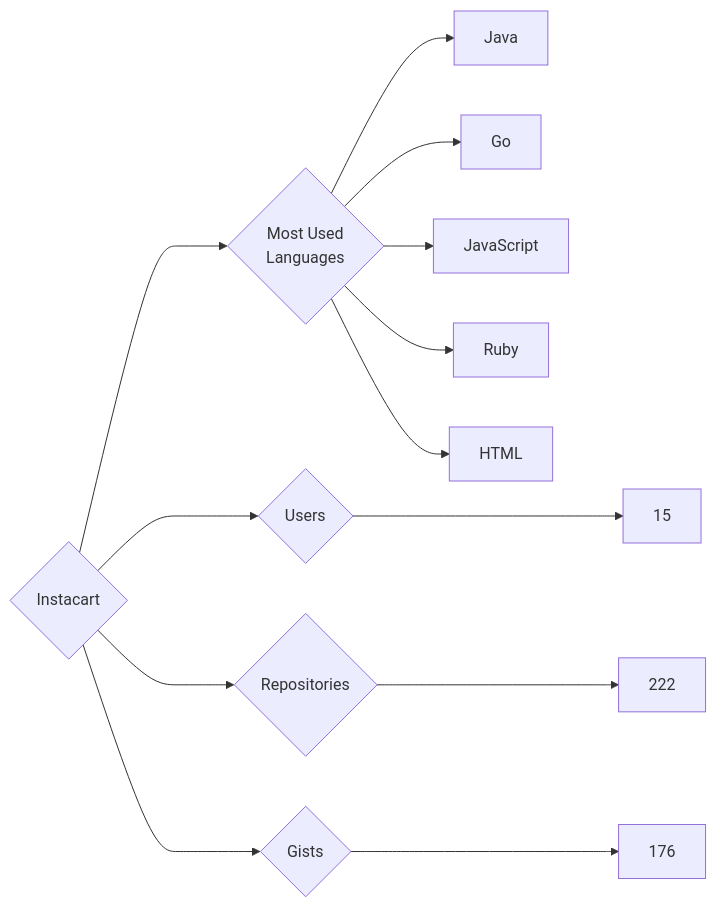
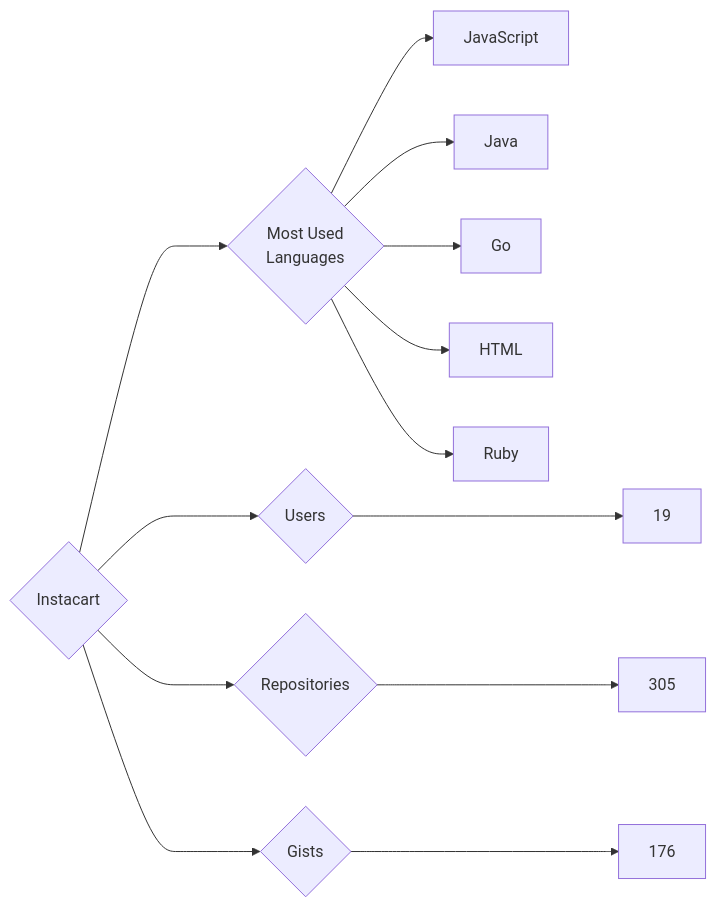
One commit to trickest/insiders changed the diagram in targets/Instacart/README.md. Above: the diagram before and after it, drawn with Mermaid. The commit also changed 553 other files, not shown here.

````diff
--- a/targets/Instacart/README.md
+++ b/targets/Instacart/README.md
@@ -3,13 +3,13 @@
 ```mermaid
 graph LR
 COMPANY_NAME{Instacart}
-COMPANY_NAME ---> U{Users} ---> UN[15]
-COMPANY_NAME ---> R{Repositories} ---> RN[222]
+COMPANY_NAME ---> U{Users} ---> UN[19]
+COMPANY_NAME ---> R{Repositories} ---> RN[305]
 COMPANY_NAME ---> G{Gists} ---> GN[176]
 COMPANY_NAME ---> ML{Most Used<br>Languages}
+ML --> JavaScript[JavaScript]
 ML --> Java[Java]
 ML --> Go[Go]
-ML --> JavaScript[JavaScript]
+ML --> HTML[HTML]
 ML --> Ruby[Ruby]
-ML --> HTML[HTML]
 ```
````
